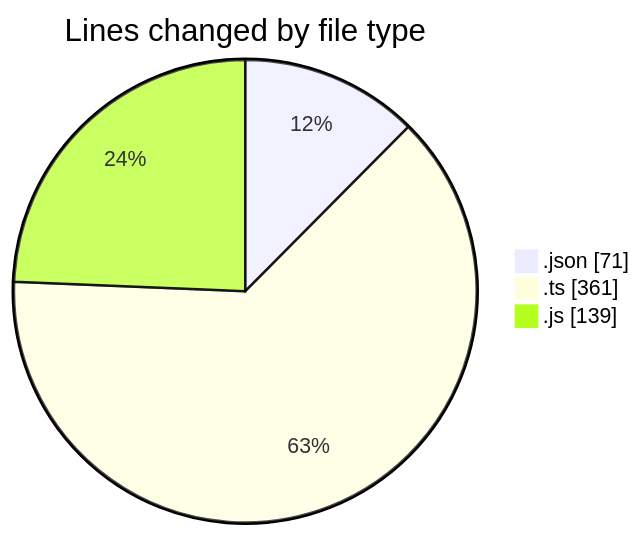
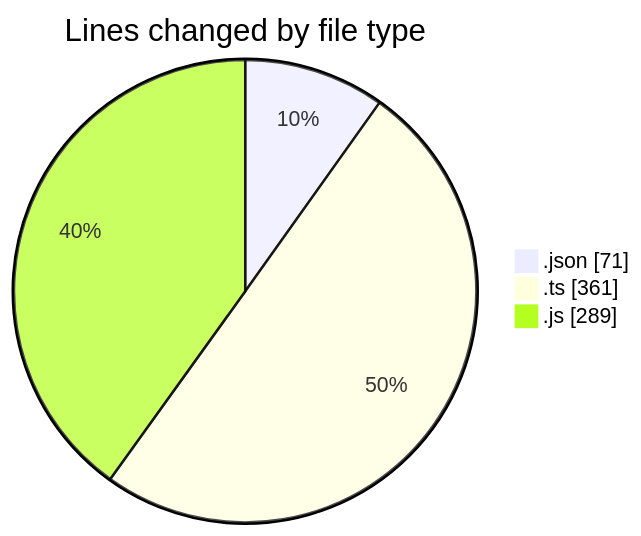
Before and after one commit to momahboobian/code-tracking: the first of 2 diagrams in 2025-02-06/cda/README.md, drawn with Mermaid. The commit also changed other lines of this file and 1 other file, not shown here.

````diff
--- a/2025-02-06/cda/README.md
+++ b/2025-02-06/cda/README.md
@@ -26,7 +27,7 @@
 ```mermaid
 pie showData
 title Lines changed by file type
 ".json" : 71
 ".ts" : 361
-".js" : 139
+".js" : 289
 ```
````
